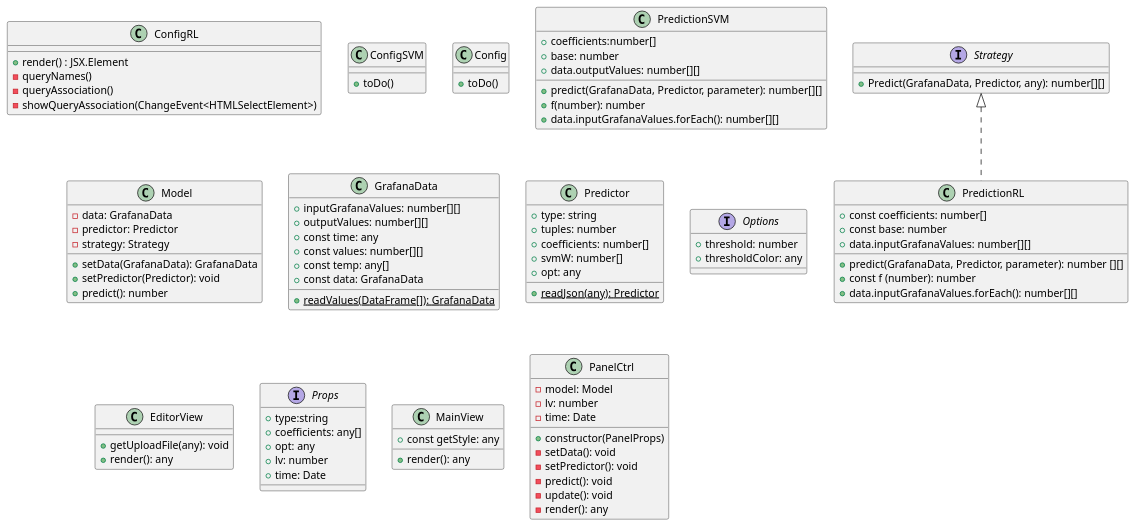
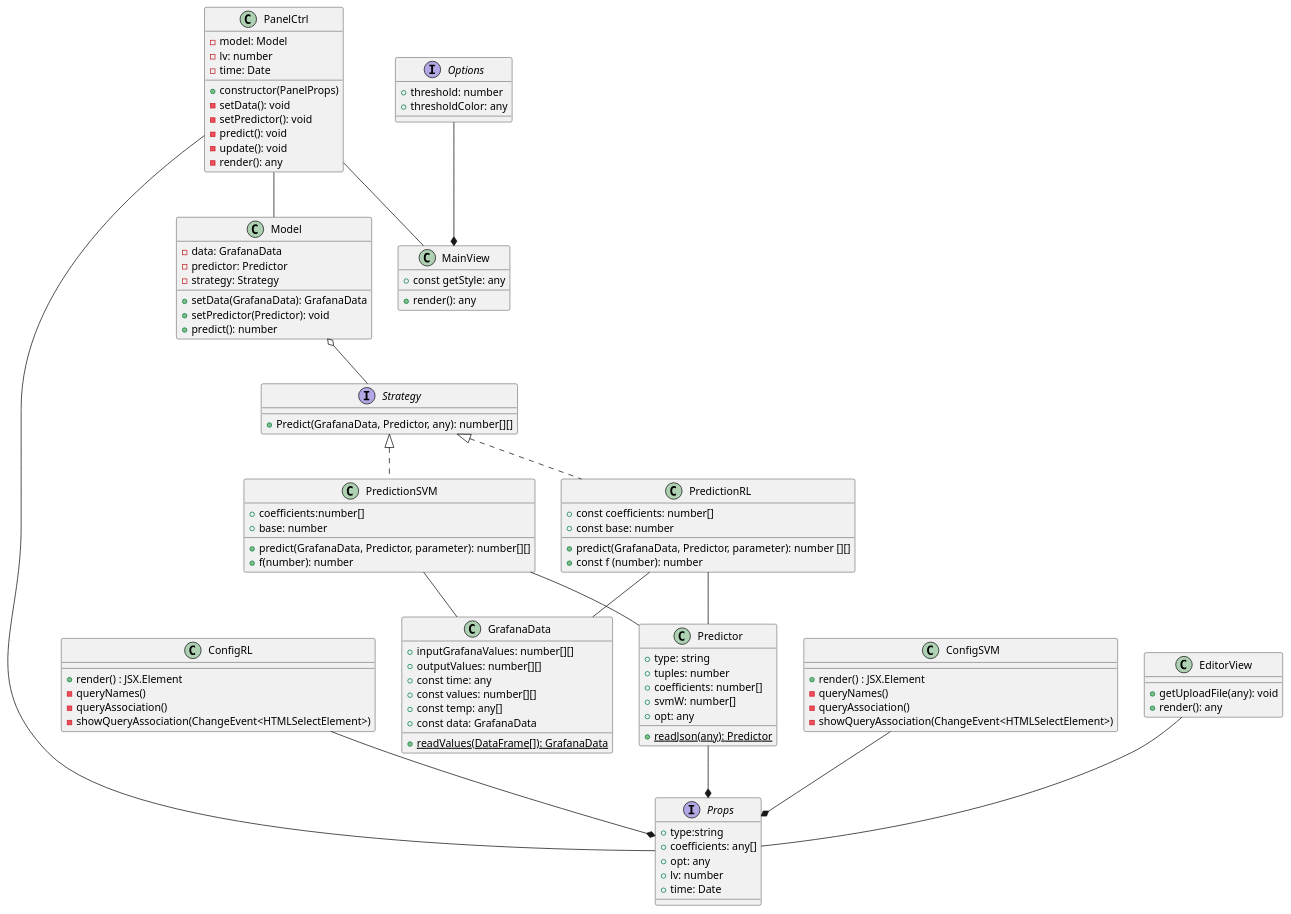
Before and after one commit to sofiabononi/project-docs: the diagram in esterni/diagrammi/diagrammi-grafana-plugin/src/classDiagram.plantuml, drawn with PlantUML. The commit also changed 1 other file, not shown here.

Commit message:
docs: aggiorna classDiagram e aggiungi l'immagine del diagramma

```diff
--- a/esterni/diagrammi/diagrammi-grafana-plugin/src/classDiagram.plantuml
+++ b/esterni/diagrammi/diagrammi-grafana-plugin/src/classDiagram.plantuml
@@ -1,114 +1,139 @@
 @startuml GrafanaClasses
 
 class ConfigRL{
     + render() : JSX.Element
     - queryNames()
     - queryAssociation()
     - showQueryAssociation(ChangeEvent<HTMLSelectElement>)
 }
 
 class ConfigSVM{
-    + toDo()
+     + render() : JSX.Element
+    - queryNames()
+    - queryAssociation()
+    - showQueryAssociation(ChangeEvent<HTMLSelectElement>)
 }
 
-
-
-class Config{
-    + toDo()
-}
 
 interface Strategy{
     + Predict(GrafanaData, Predictor, any): number[][]
 }
 
 
 
 
 class PredictionRL implements Strategy{
     + const coefficients: number[]
     + const base: number
-    + data.inputGrafanaValues: number[][]
     + predict(GrafanaData, Predictor, parameter): number [][]
     + const f (number): number
-    + data.inputGrafanaValues.forEach(): number[][]
+  
 }
 
-class PredictionSVM{
+class PredictionSVM implements Strategy{
     + predict(GrafanaData, Predictor, parameter): number[][]
     + coefficients:number[]
     + base: number
     + f(number): number
-    + data.outputValues: number[][]
-    + data.inputGrafanaValues.forEach(): number[][]
 }
 
 
 class Model{
     - data: GrafanaData
     - predictor: Predictor 
     - strategy: Strategy
     + setData(GrafanaData): GrafanaData
     + setPredictor(Predictor): void
     + predict(): number
 
 }
 
 class GrafanaData{
     + inputGrafanaValues: number[][]
     + outputValues: number[][]
     + {static} readValues(DataFrame[]): GrafanaData
     + const time: any
     + const values: number[][]
     + const temp: any[]
     + const data: GrafanaData
 
 }
 
 class Predictor{
     + type: string
     + tuples: number
     + coefficients: number[]
     + svmW: number[]
     + opt: any
     + {static} readJson(any): Predictor
 }
 
 interface Options{
     + threshold: number
     + thresholdColor: any
 }
 
 class EditorView{
     + getUploadFile(any): void
     + render(): any
 }
 
 
 interface Props{
     + type:string
     + coefficients: any[]
     + opt: any
     + lv: number
     + time: Date
 
 }
 class MainView{
     + render(): any
     + const getStyle: any
 }
 
 class PanelCtrl{
     - model: Model
     - lv: number
     - time: Date
     + constructor(PanelProps)
     - setData(): void
     - setPredictor(): void
     - predict(): void
     - update(): void
     - render(): any
 
 }
 
+ConfigRL--*Props
+ConfigSVM--*Props
+Predictor--*Props
+
+
+
+
+PredictionRL--GrafanaData
+PredictionRL--Predictor
+
+PredictionSVM--GrafanaData
+PredictionSVM--Predictor
+
+
+
+Model o--Strategy
+
+EditorView--Props
+
+
+
+PanelCtrl--Model
+PanelCtrl--MainView
+PanelCtrl--Props
+
+
+
+
+
+Options--*MainView
 
 @enduml
```
